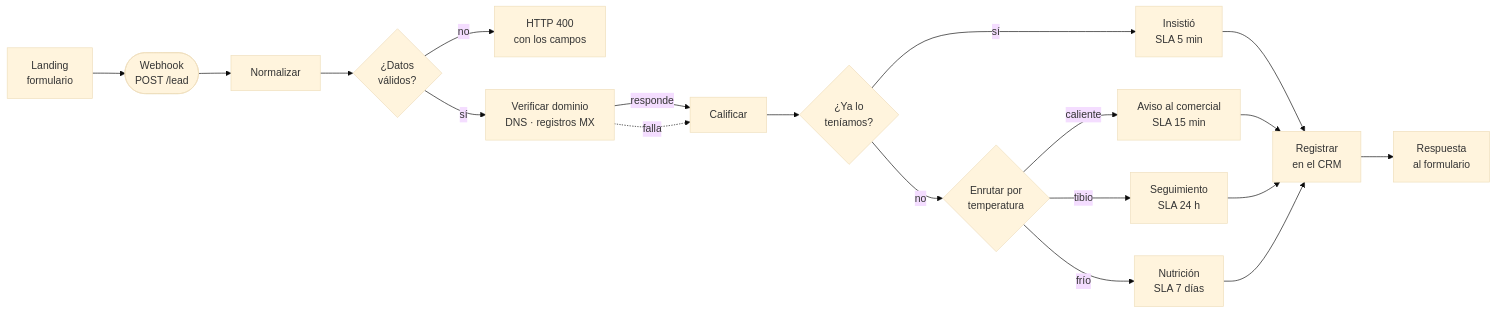
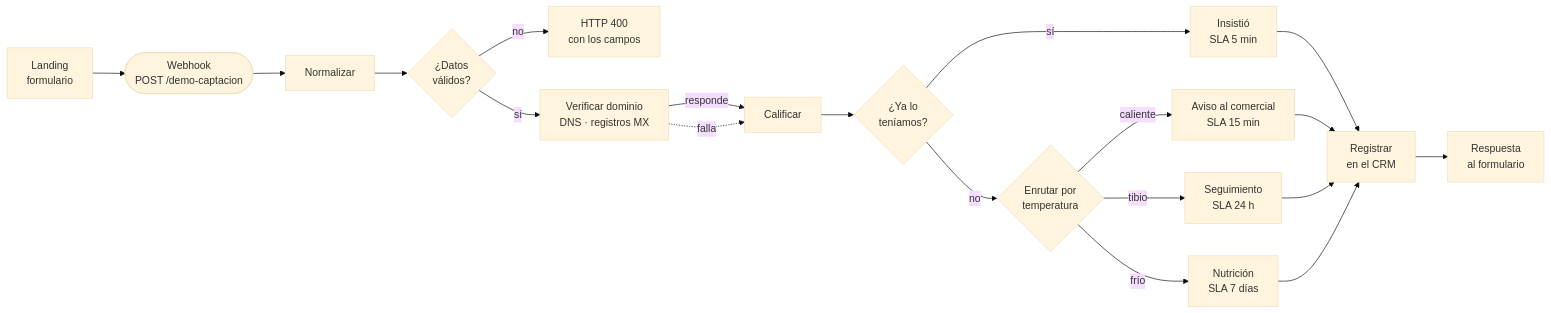
The diagram in README.md (JhonDairionPacheco/demo-captacion-leads-n8n), drawn with Mermaid (base theme) before and after one commit. The commit also changed 4 other files, not shown here.

````diff
--- a/README.md
+++ b/README.md
@@ -10,21 +10,21 @@
 ```mermaid
 flowchart LR
-  L["Landing<br/>formulario"] --> W(["Webhook<br/>POST /lead"])
+  L["Landing<br/>formulario"] --> W(["Webhook<br/>POST /demo-captacion"])
   W --> N["Normalizar"]
   N --> V{"¿Datos<br/>válidos?"}
   V -->|no| R400["HTTP 400<br/>con los campos"]
   V -->|sí| D["Verificar dominio<br/>DNS · registros MX"]
   D -->|responde| C["Calificar"]
   D -.->|falla| C
   C --> Y{"¿Ya lo<br/>teníamos?"}
   Y -->|sí| INS["Insistió<br/>SLA 5 min"]
   Y -->|no| S{"Enrutar por<br/>temperatura"}
   S -->|caliente| H["Aviso al comercial<br/>SLA 15 min"]
   S -->|tibio| T["Seguimiento<br/>SLA 24 h"]
   S -->|frío| F["Nutrición<br/>SLA 7 días"]
   INS --> CRM["Registrar<br/>en el CRM"]
   H --> CRM
   T --> CRM
   F --> CRM
   CRM --> RES["Respuesta<br/>al formulario"]
 ```
````
